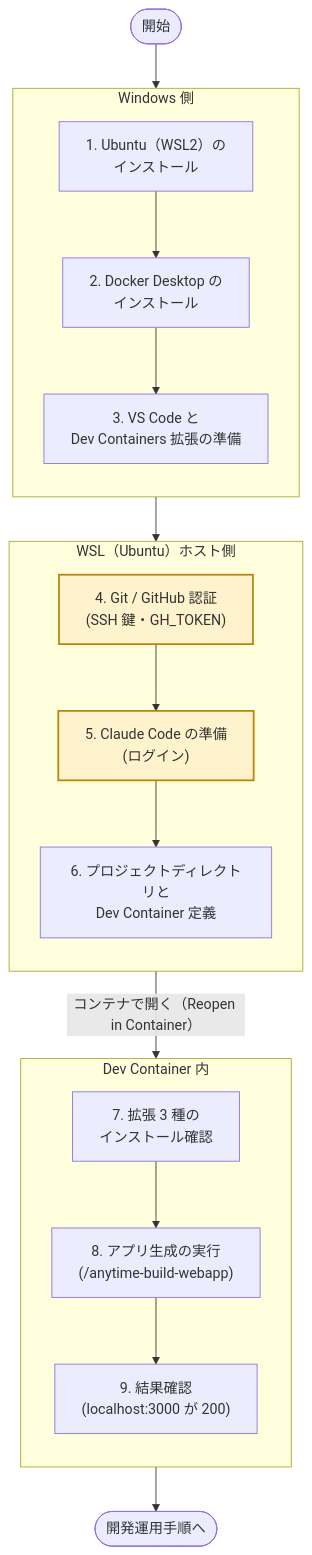
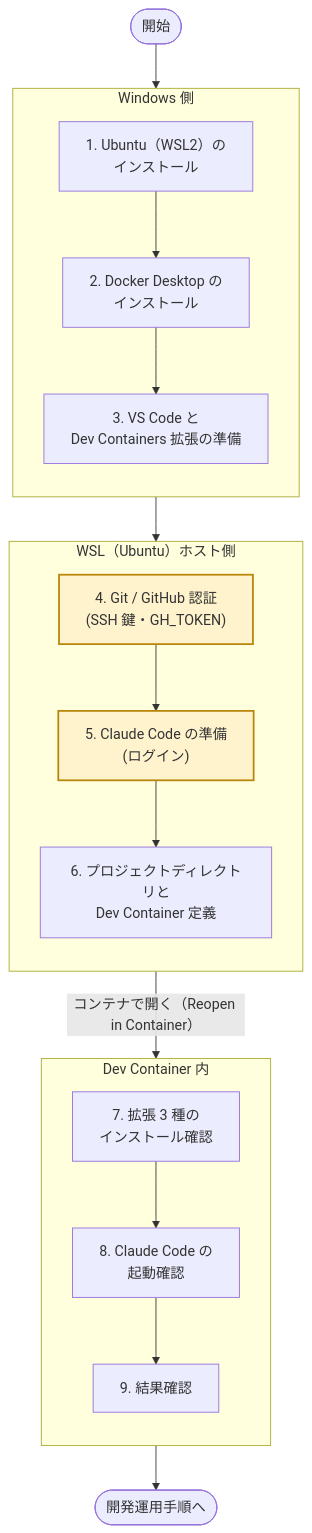
One commit to anytime-trial/anytime-markdown changed the diagram in docs/manual/dev-env-setup/dev-env-setup.ja.md. Above: the diagram before and after it, drawn with Mermaid. The commit also changed other lines of this file and 79 other files, not shown here.

````diff
--- a/docs/manual/dev-env-setup/dev-env-setup.ja.md
+++ b/docs/manual/dev-env-setup/dev-env-setup.ja.md
@@ -29,25 +29,25 @@
 ```mermaid
 flowchart TD
     Start(["開始"]) --> S1
     subgraph WIN ["Windows 側"]
         direction TB
         S1["1. Ubuntu（WSL2）の<br/>インストール"] --> S2["2. Docker Desktop の<br/>インストール"]
         S2 --> S3["3. VS Code と<br/>Dev Containers 拡張の準備"]
     end
     subgraph WSLH ["WSL（Ubuntu）ホスト側"]
         direction TB
         S4["4. Git / GitHub 認証<br/>(SSH 鍵・GH_TOKEN)"] --> S5["5. Claude Code の準備<br/>(ログイン)"]
         S5 --> S6["6. プロジェクトディレクトリと<br/>Dev Container 定義"]
     end
     subgraph CTN ["Dev Container 内"]
         direction TB
-        S7["7. 拡張 3 種の<br/>インストール確認"] --> S8["8. アプリ生成の実行<br/>(/anytime-build-webapp)"]
-        S8 --> S9["9. 結果確認<br/>(localhost:3000 が 200)"]
+        S7["7. 拡張 3 種の<br/>インストール確認"] --> S8["8. Claude Code の<br/>起動確認"]
+        S8 --> S9["9. 結果確認"]
     end
     S3 --> S4
     S6 -- "コンテナで開く（Reopen in Container）" --> S7
     S9 --> Next(["開発運用手順へ"])
 
     classDef entry fill:#fff3cd,stroke:#b8860b,stroke-width:2px,color:#333333
     class S4,S5 entry
 ```
````
